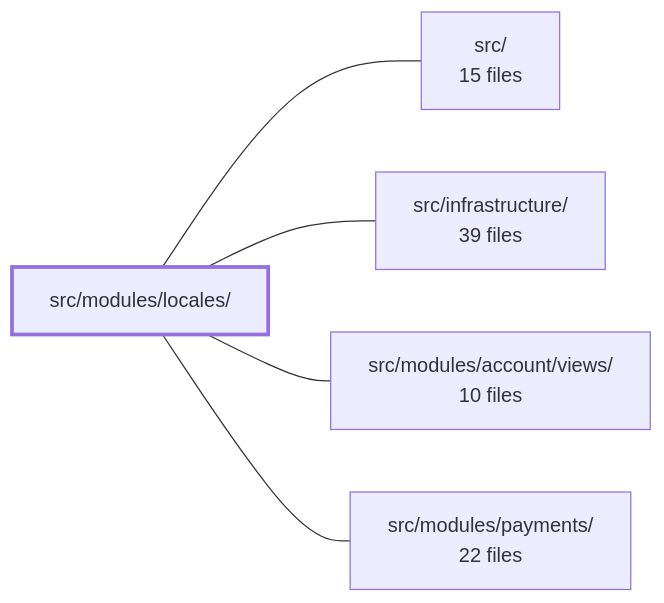
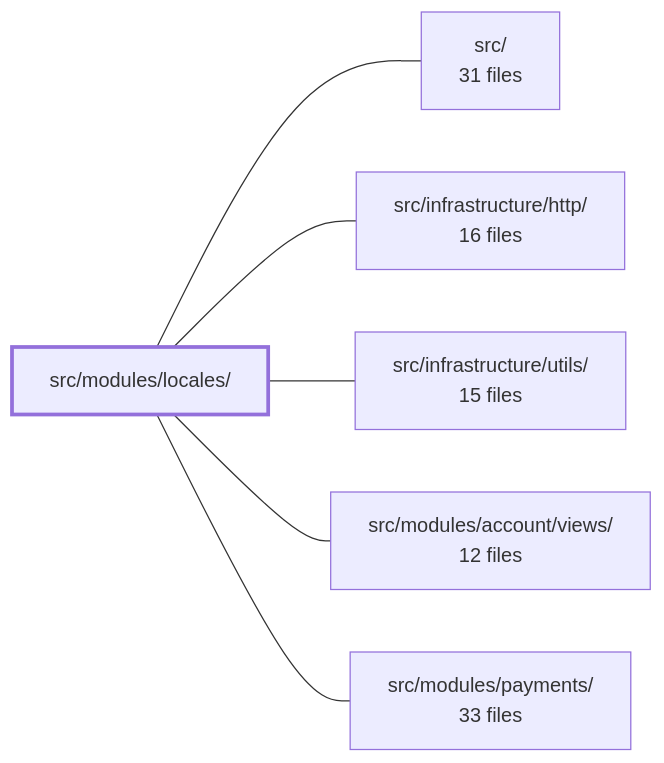
Before and after one commit to Guebbit/boilerplate-vue-frontend: the diagram in .2brain/modules/boilerplate-vue-frontend_src_modules_locales.md, drawn with Mermaid. The commit also changed other lines of this file and 960 other files, not shown here.

````diff
--- a/.2brain/modules/boilerplate-vue-frontend_src_modules_locales.md
+++ b/.2brain/modules/boilerplate-vue-frontend_src_modules_locales.md
@@ -46,13 +61,15 @@
 ```mermaid
 flowchart LR
     m_src_modules_locales["src/modules/locales/"]
-    m_src["src/<br/>15 files"]
-    m_src_infrastructure["src/infrastructure/<br/>39 files"]
-    m_src_modules_account_views["src/modules/account/views/<br/>10 files"]
-    m_src_modules_payments["src/modules/payments/<br/>22 files"]
+    m_src["src/<br/>31 files"]
+    m_src_infrastructure_http["src/infrastructure/http/<br/>16 files"]
+    m_src_infrastructure_utils["src/infrastructure/utils/<br/>15 files"]
+    m_src_modules_account_views["src/modules/account/views/<br/>12 files"]
+    m_src_modules_payments["src/modules/payments/<br/>33 files"]
     m_src_modules_locales --- m_src
-    m_src_modules_locales --- m_src_infrastructure
+    m_src_modules_locales --- m_src_infrastructure_http
+    m_src_modules_locales --- m_src_infrastructure_utils
     m_src_modules_locales --- m_src_modules_account_views
     m_src_modules_locales --- m_src_modules_payments
     style m_src_modules_locales stroke-width:3px
 ```
````
